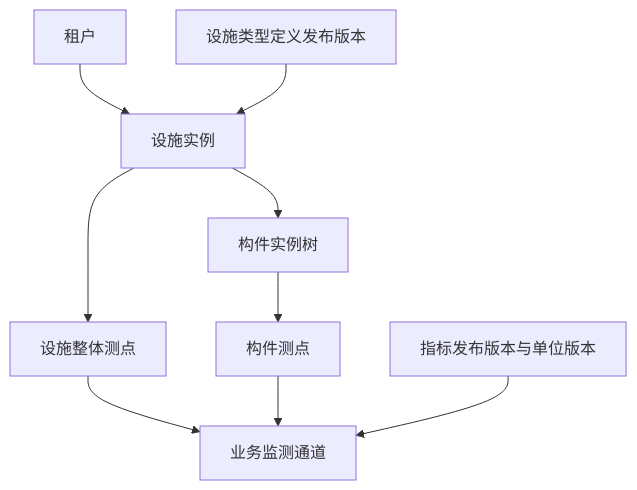
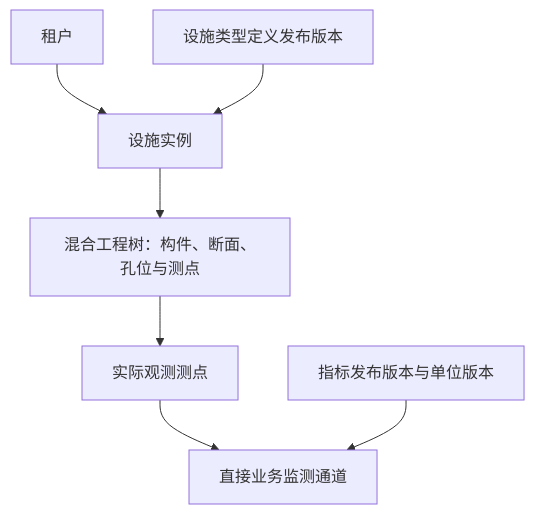
The seventh of 10 diagrams in docs/requirements.md (WenshuaiDev/InfraPro), drawn with Mermaid before and after one commit. The commit also changed other lines of this file and 872 other files, not shown here.

````diff
--- a/docs/requirements.md
+++ b/docs/requirements.md
@@ -1843,11 +1843,9 @@
 ```mermaid
 flowchart TD
     T[租户] --> F[设施实例]
     V[设施类型定义发布版本] --> F
-    F --> C[构件实例树]
-    F --> P1[设施整体测点]
-    C --> P2[构件测点]
-    P1 --> CH[业务监测通道]
-    P2 --> CH
+    F --> C[混合工程树：构件、断面、孔位与测点]
+    C --> P[实际观测测点]
+    P --> CH[直接业务监测通道]
     M[指标发布版本与单位版本] --> CH
 ```
````
